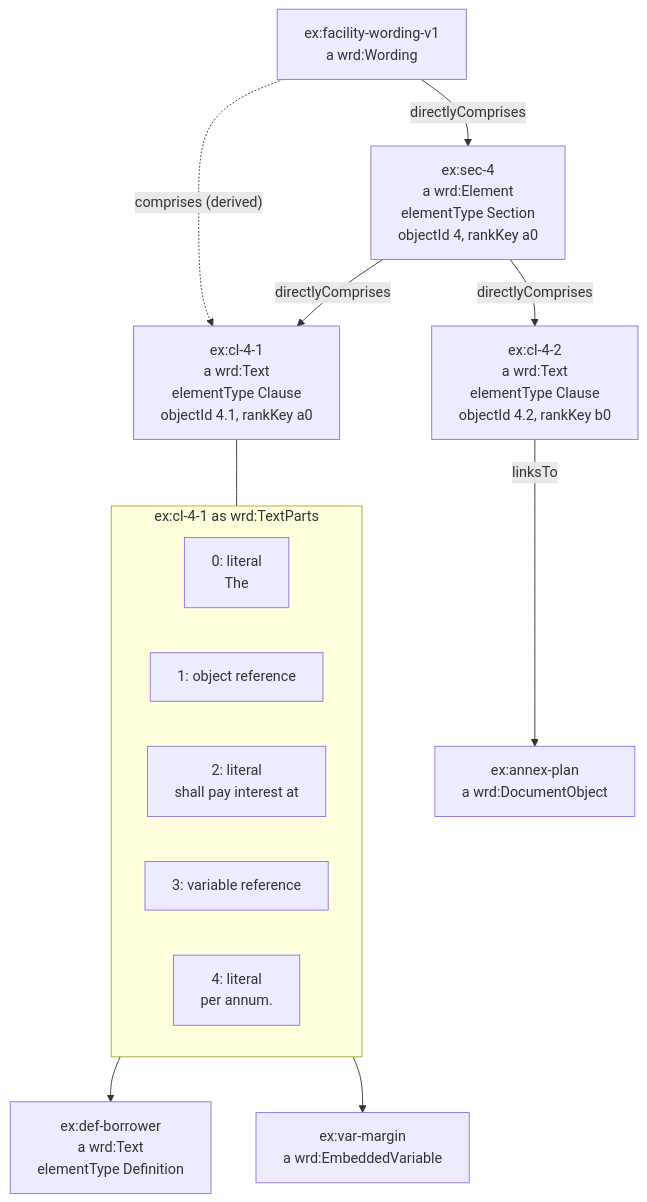
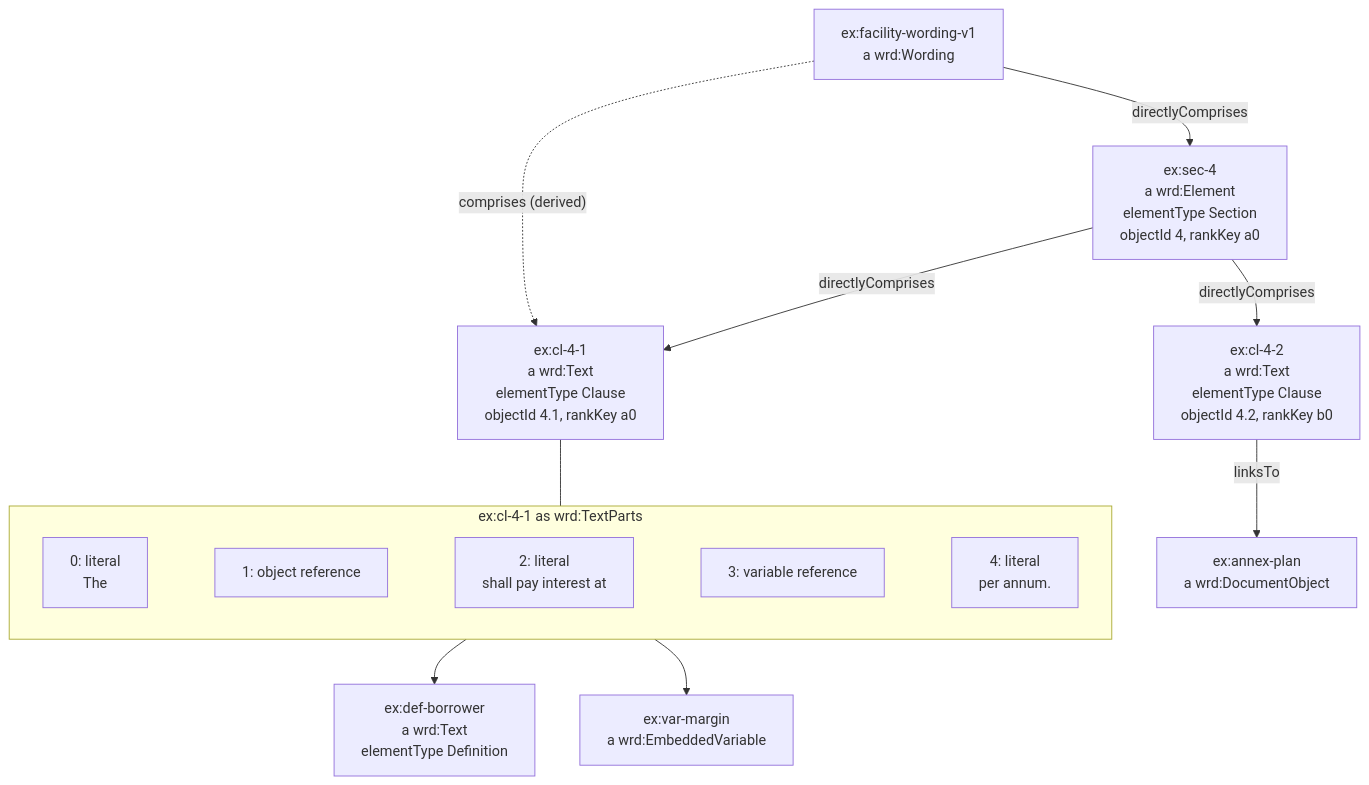
One commit to nebularis/lattice changed the second of 31 diagrams in docs/developer/sketches/computable-contract-substrate.md. Above: the diagram before and after it, drawn with Mermaid. The commit also changed other lines of this file and 2 other files, not shown here.

````diff
--- a/docs/developer/sketches/computable-contract-substrate.md
+++ b/docs/developer/sketches/computable-contract-substrate.md
@@ -243,26 +243,27 @@
 ```mermaid
 flowchart TB
     W["ex:facility-wording-v1<br/>a wrd:Wording"]
     S4["ex:sec-4<br/>a wrd:Element<br/>elementType Section<br/>objectId 4, rankKey a0"]
     C1["ex:cl-4-1<br/>a wrd:Text<br/>elementType Clause<br/>objectId 4.1, rankKey a0"]
     C2["ex:cl-4-2<br/>a wrd:Text<br/>elementType Clause<br/>objectId 4.2, rankKey b0"]
     VM["ex:var-margin<br/>a wrd:EmbeddedVariable"]
     DF["ex:def-borrower<br/>a wrd:Text<br/>elementType Definition"]
     AX["ex:annex-plan<br/>a wrd:DocumentObject"]
     subgraph PARTS["ex:cl-4-1 as wrd:TextParts"]
         direction LR
         P0["0: literal<br/>The"]
         P1["1: object reference"]
         P2["2: literal<br/>shall pay interest at"]
         P3["3: variable reference"]
         P4["4: literal<br/>per annum."]
+        P0 ~~~ P1 ~~~ P2 ~~~ P3 ~~~ P4
     end
     W -- "directlyComprises" --> S4
     S4 -- "directlyComprises" --> C1
     S4 -- "directlyComprises" --> C2
     W -. "comprises (derived)" .-> C1
     C1 --- PARTS
     P1 --> DF
     P3 --> VM
     C2 -- "linksTo" --> AX
 ```
````
